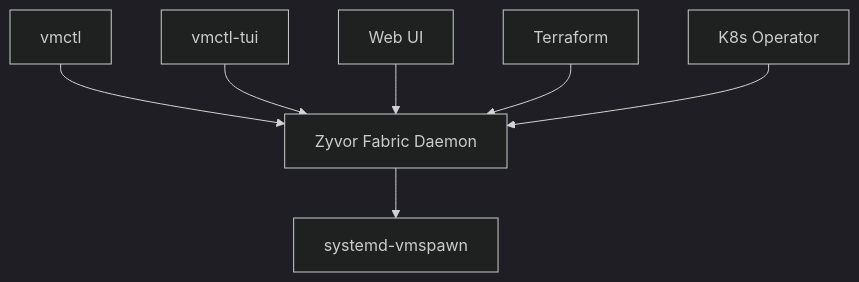
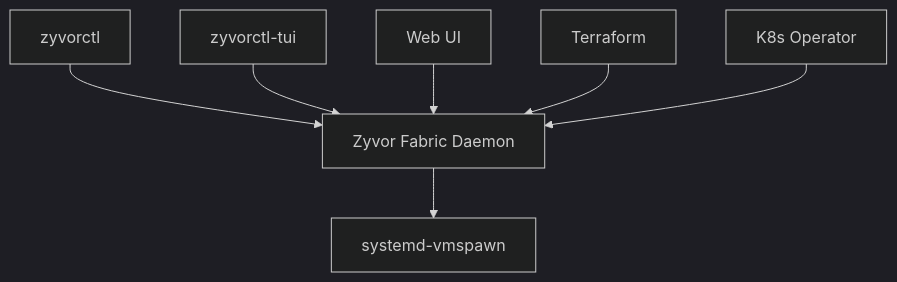
Before and after one commit to zyvorai/fabric: the diagram in README.md, drawn with Mermaid (dark theme). The commit also changed other lines of this file and 416 other files, not shown here.

````diff
--- a/README.md
+++ b/README.md
@@ -80,9 +80,9 @@
 ```mermaid
 flowchart TB
-  CLI[vmctl] --> Daemon[Zyvor Fabric Daemon]
-  TUI[vmctl-tui] --> Daemon
+  CLI[zyvorctl] --> Daemon[Zyvor Fabric Daemon]
+  TUI[zyvorctl-tui] --> Daemon
   Web[Web UI] --> Daemon
   TF[Terraform] --> Daemon
   Op[K8s Operator] --> Daemon
   Daemon --> VS[systemd-vmspawn]
 ```
````
